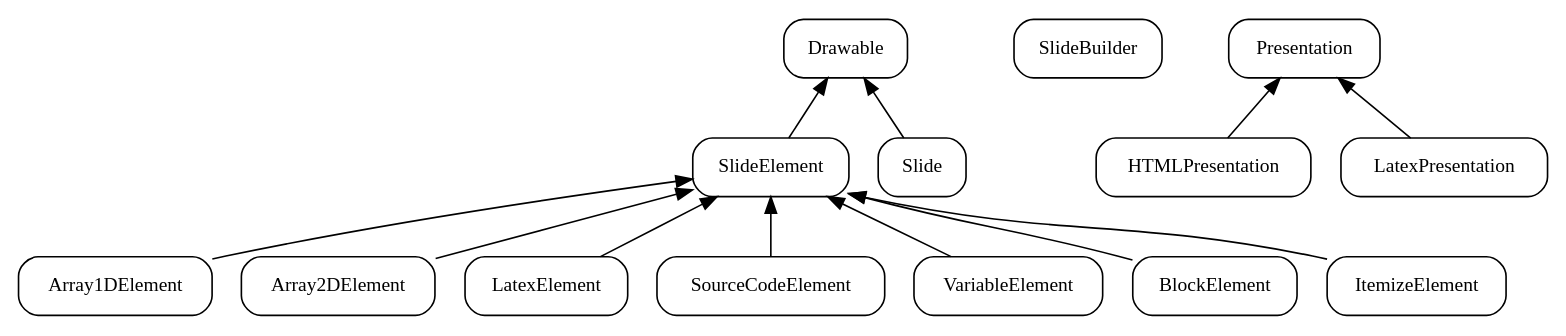
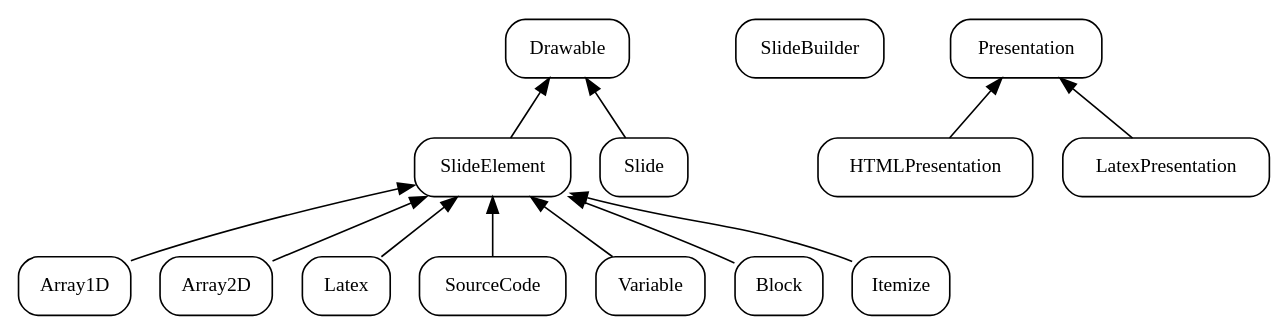
Before and after one commit to varqox/VisuAlgo: the diagram in hierarchy.dot, drawn with Graphviz. The commit also changed 21 other files, not shown here.

Commit message:
Global rename: *Element -> * (except SlideElement); Global rename: (add|remove)_element -> (add|remove)_elem;

```diff
--- a/hierarchy.dot
+++ b/hierarchy.dot
@@ -1,14 +1,14 @@
 digraph {
 	// overlap = false
 	node [style="rounded", shape=record, fontsize=12]
 	edge [dir=back]
 
 	Drawable -> SlideElement, Slide
-	SlideElement -> Array1DElement, Array2DElement, LatexElement
-	SlideElement -> SourceCodeElement, VariableElement
-	SlideElement -> BlockElement, ItemizeElement
+	SlideElement -> Array1D, Array2D, Latex
+	SlideElement -> SourceCode, Variable
+	SlideElement -> Block, Itemize
 
 	SlideBuilder
 
 	Presentation -> HTMLPresentation, LatexPresentation
 }
```
